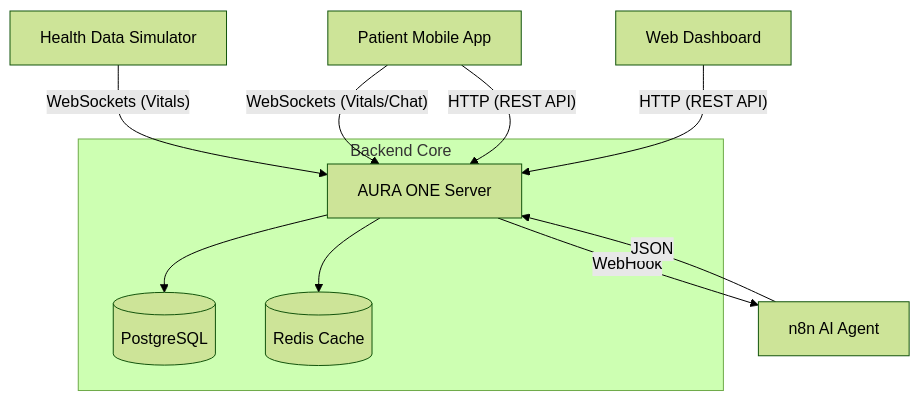
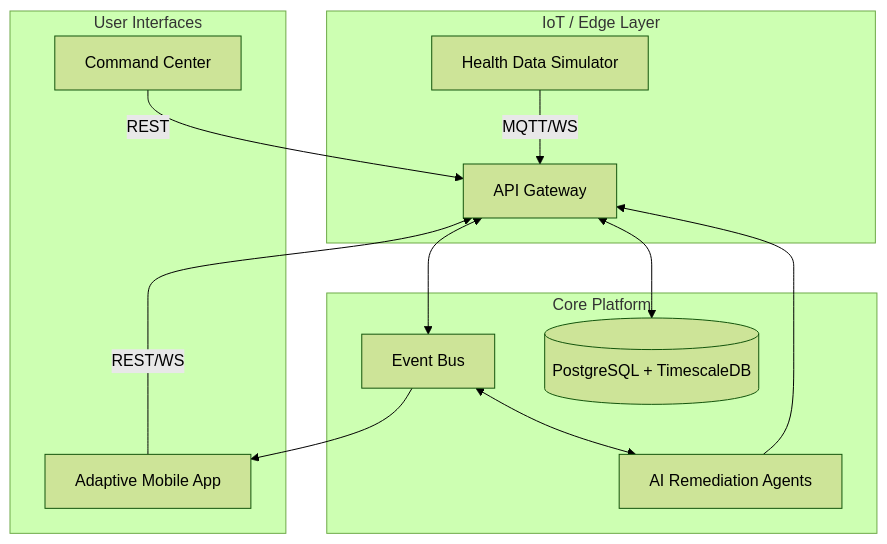
Before and after one commit to Veerhooda/AURA_ONE: the diagram in README.md, drawn with Mermaid (forest theme). The commit also changed other lines of this file and 3 other files, not shown here.

````diff
--- a/README.md
+++ b/README.md
@@ -58,15 +27,20 @@
 ```mermaid
 graph TD
-    Simulator[Health Data Simulator] -- WebSockets (Vitals) --> Server[AURA ONE Server]
-    Mobile[Patient Mobile App] -- WebSockets (Vitals/Chat) --> Server
-    Mobile -- HTTP (REST API) --> Server
-    Web[Web Dashboard] -- HTTP (REST API) --> Server
+    subgraph "IoT / Edge Layer"
+        Simulator[Health Data Simulator] -- MQTT/WS --> Gateway
+    end
 
-    Server -- WebHook --> AI[n8n AI Agent]
-    AI -- JSON --> Server
+    subgraph "Core Platform"
+        Gateway[API Gateway] <--> EventHub[Event Bus]
+        EventHub <--> Agents[AI Remediation Agents]
+        Gateway <--> DB[(PostgreSQL + TimescaleDB)]
+    end
 
-    subgraph "Backend Core"
-        Server --> DB[(PostgreSQL)]
-        Server --> Redis[(Redis Cache)]
+    subgraph "User Interfaces"
+        Mobile[Adaptive Mobile App] -- REST/WS --> Gateway
+        Web[Command Center] -- REST --> Gateway
     end
+
+    EventHub --> Mobile
+    Agents --> Gateway
 ```
````
